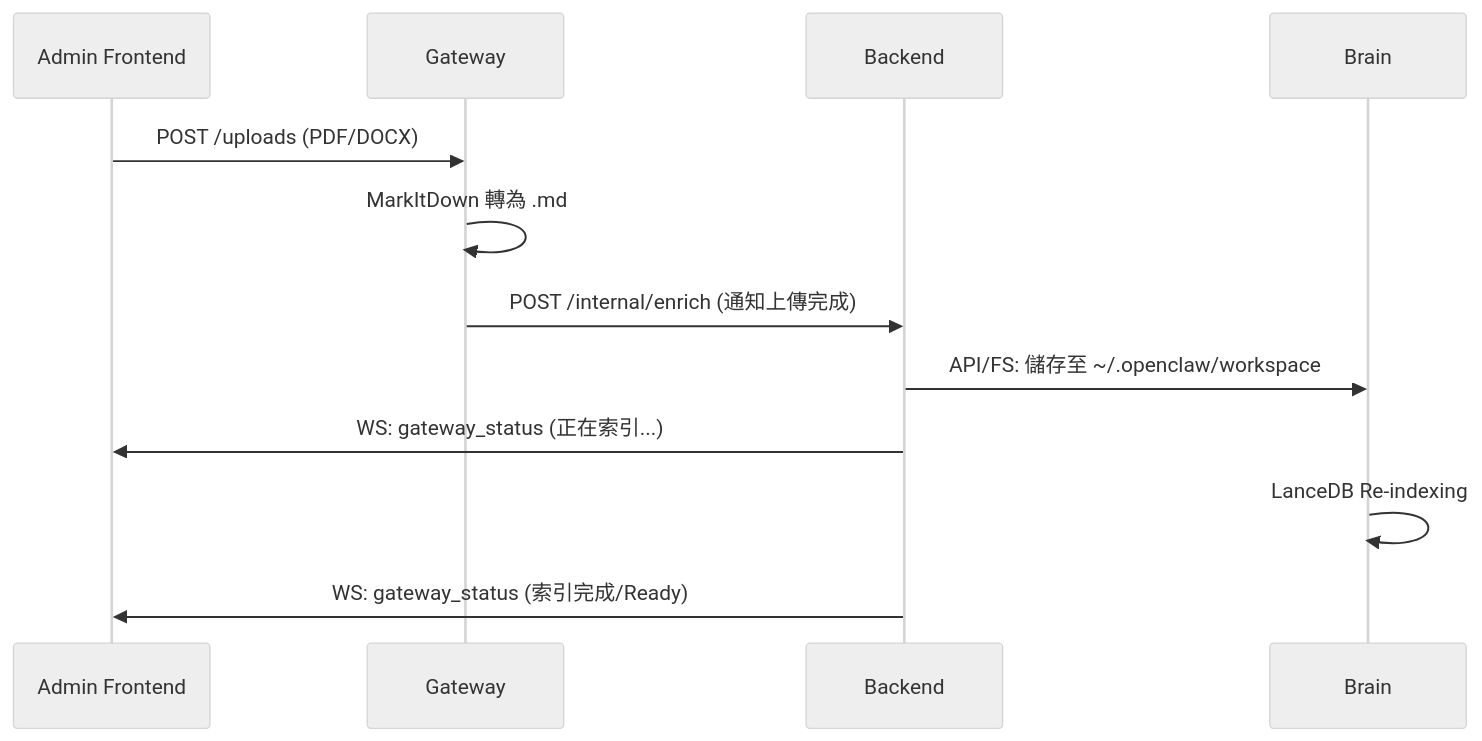
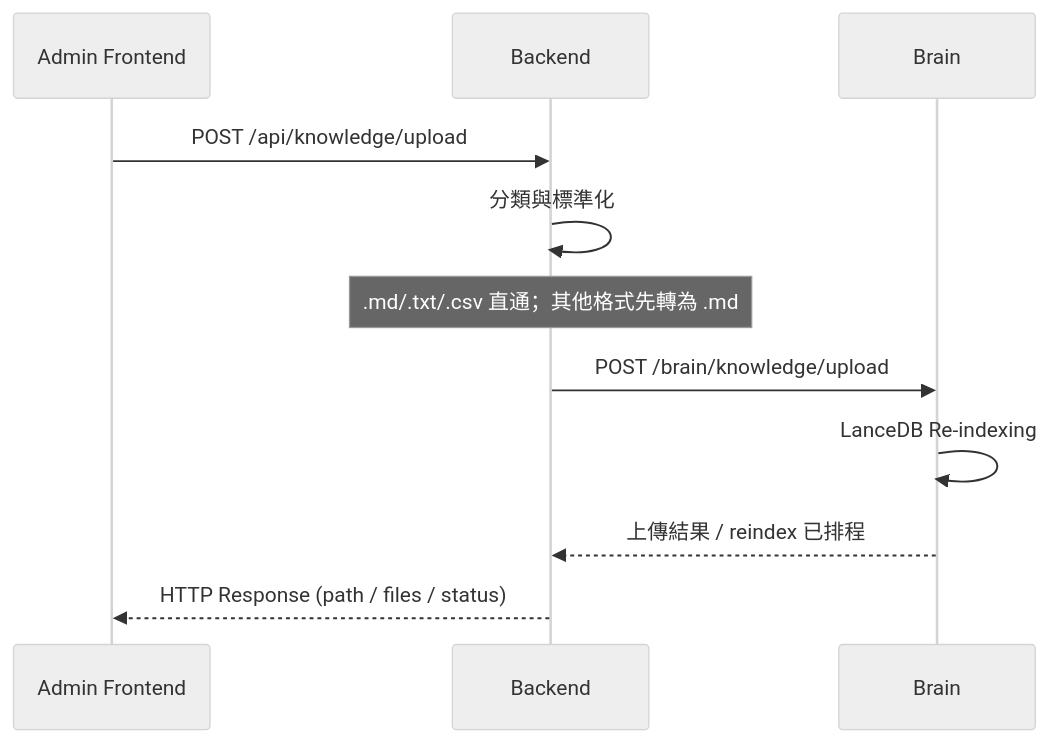
One commit to CreateIntelligens/openVman changed the second of 2 diagrams in docs/09_API_WS_LINKAGE.md. Above: the diagram before and after it, drawn with Mermaid (neutral theme). The commit also changed other lines of this file and 15 other files, not shown here.

Commit message:
docs: add live voice pipeline plans, assessment, and update architecture docs

````diff
--- a/docs/09_API_WS_LINKAGE.md
+++ b/docs/09_API_WS_LINKAGE.md
@@ -49,15 +49,14 @@
 ```mermaid
 sequenceDiagram
     participant A as Admin Frontend
-    participant G as Gateway
     participant B as Backend
     participant BR as Brain
 
-    A->>G: POST /uploads (PDF/DOCX)
-    G->>G: MarkItDown 轉為 .md
-    G->>B: POST /internal/enrich (通知上傳完成)
-    B->>BR: API/FS: 儲存至 ~/.openclaw/workspace
-    B->>A: WS: gateway_status (正在索引...)
+    A->>B: POST /api/knowledge/upload
+    B->>B: 分類與標準化
+    Note over B: .md/.txt/.csv 直通；其他格式先轉為 .md
+    B->>BR: POST /brain/knowledge/upload
     BR->>BR: LanceDB Re-indexing
-    B->>A: WS: gateway_status (索引完成/Ready)
+    BR-->>B: 上傳結果 / reindex 已排程
+    B-->>A: HTTP Response (path / files / status)
 ```
````
